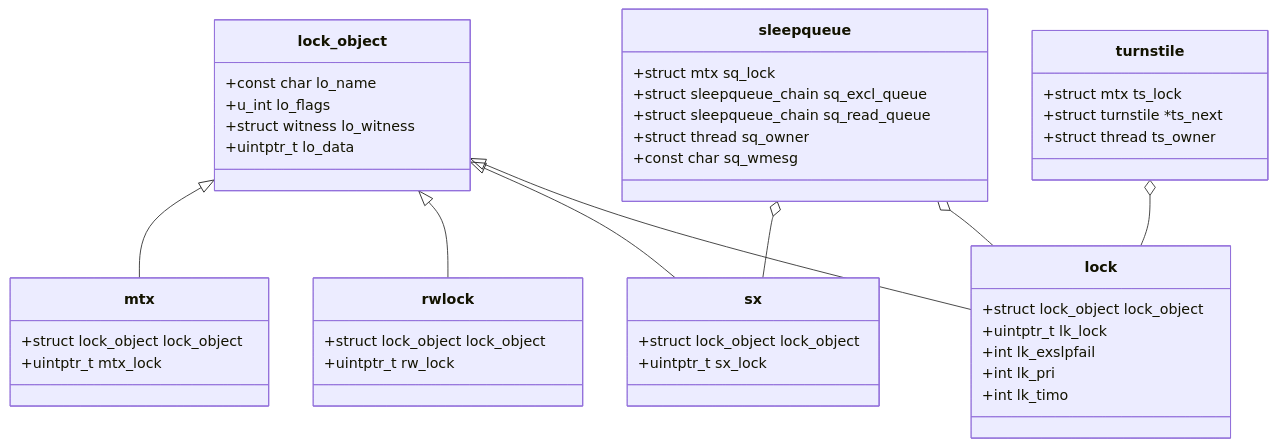
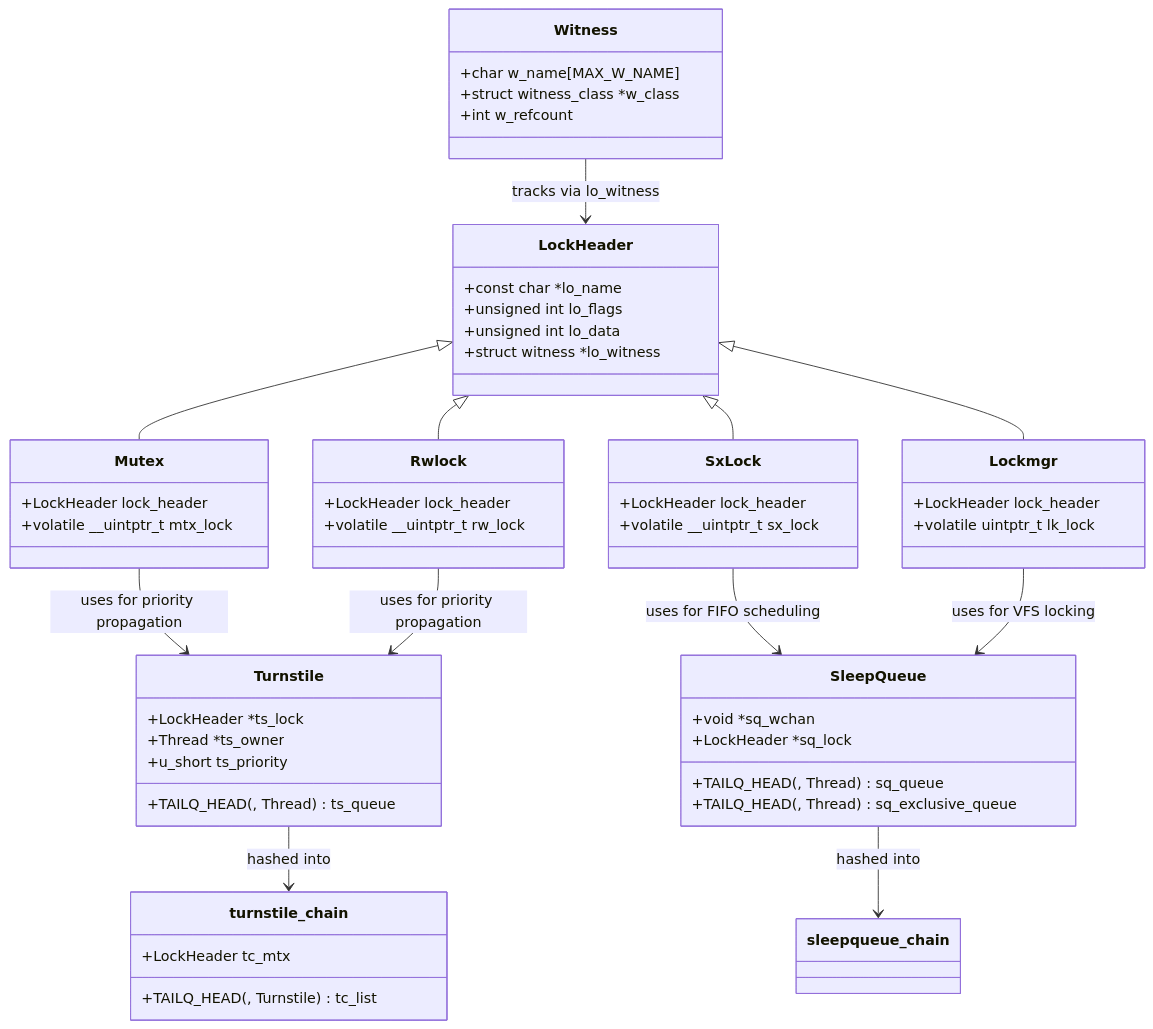
One commit to ocochard/freebsd-src changed the diagram in sys/kern/README_locking.md. Above: the diagram before and after it, drawn with Mermaid. The commit also changed other lines of this file and 26 other files, not shown here.

````diff
--- a/sys/kern/README_locking.md
+++ b/sys/kern/README_locking.md
@@ -147,47 +218,58 @@
 ```mermaid
 classDiagram
-  class lock_object {
-    +const char lo_name
-    +u_int lo_flags
-    +struct witness lo_witness
-    +uintptr_t lo_data
-  }
-  class mtx {
-    +struct lock_object lock_object
-    +uintptr_t mtx_lock
-  }
-  class rwlock {
-    +struct lock_object lock_object
-    +uintptr_t rw_lock
-  }
-  class sx {
-    +struct lock_object lock_object
-    +uintptr_t sx_lock
-  }
-  class lock {
-    +struct lock_object lock_object
-    +uintptr_t lk_lock
-    +int lk_exslpfail
-    +int lk_pri
-    +int lk_timo
-  }
-  class turnstile {
-    +struct mtx ts_lock
-    +struct turnstile *ts_next
-    +struct thread ts_owner
-  }
-  class sleepqueue {
-    +struct mtx sq_lock
-    +struct sleepqueue_chain sq_excl_queue
-    +struct sleepqueue_chain sq_read_queue
-    +struct thread sq_owner
-    +const char sq_wmesg
-  }
-  lock_object <|-- mtx
-  lock_object <|-- rwlock
-  lock_object <|-- sx
-  lock_object <|-- lock
-  turnstile o-- lock
-  sleepqueue o-- sx
-  sleepqueue o-- lock
+    class LockHeader {
+        +const char *lo_name
+        +unsigned int lo_flags
+        +unsigned int lo_data
+        +struct witness *lo_witness
+    }
+    class Mutex {
+        +LockHeader lock_header
+        +volatile __uintptr_t mtx_lock
+    }
+    class Rwlock {
+        +LockHeader lock_header
+        +volatile __uintptr_t rw_lock
+    }
+    class SxLock {
+        +LockHeader lock_header
+        +volatile __uintptr_t sx_lock
+    }
+    class Lockmgr {
+        +LockHeader lock_header
+        +volatile uintptr_t lk_lock
+    }
+    class Turnstile {
+        +LockHeader *ts_lock
+        +Thread *ts_owner
+        +TAILQ_HEAD(, Thread) ts_queue
+        +u_short ts_priority
+    }
+    class SleepQueue {
+        +void *sq_wchan
+        +LockHeader *sq_lock
+        +TAILQ_HEAD(, Thread) sq_queue
+        +TAILQ_HEAD(, Thread) sq_exclusive_queue
+    }
+    class Witness {
+        +char w_name[MAX_W_NAME]
+        +struct witness_class *w_class
+        +int w_refcount
+    }
+    class turnstile_chain {
+        +LockHeader tc_mtx
+        +TAILQ_HEAD(, Turnstile) tc_list
+    }
+
+    LockHeader <|-- Mutex
+    LockHeader <|-- Rwlock
+    LockHeader <|-- SxLock
+    LockHeader <|-- Lockmgr
+    Mutex --> Turnstile : uses for priority propagation
+    Rwlock --> Turnstile : uses for priority propagation
+    SxLock --> SleepQueue : uses for FIFO scheduling
+    Lockmgr --> SleepQueue : uses for VFS locking
+    Turnstile --> turnstile_chain : hashed into
+    SleepQueue --> sleepqueue_chain : hashed into
+    Witness --> LockHeader : tracks via lo_witness
 ```
````
